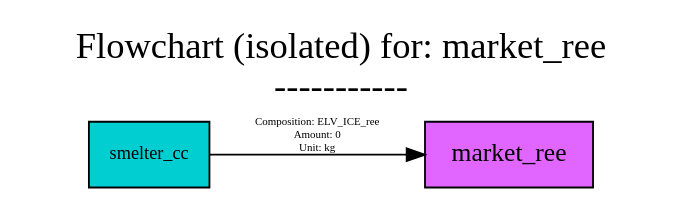
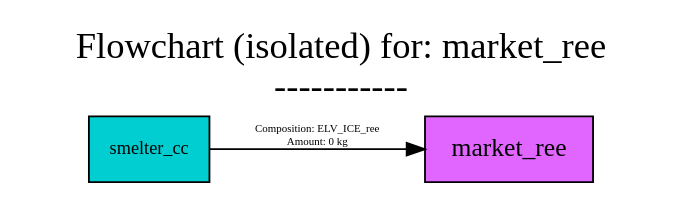
One commit to FutuRaM-Project/Recovery-Model changed the diagram in src/examples/ELV/figures/flowcharts/processes/dot/market_ree.dot. Above: the diagram before and after it, drawn with Graphviz. The commit also changed 177 other files, not shown here.

```diff
--- a/src/examples/ELV/figures/flowcharts/processes/dot/market_ree.dot
+++ b/src/examples/ELV/figures/flowcharts/processes/dot/market_ree.dot
@@ -1,42 +1,41 @@
 digraph {
-	graph [bb="0,0,317,91",
+	graph [bb="0,0,317,88",
 		font=Cabin,
 		fontname=Cabin,
 		fontsize=20,
 		label="Flowchart (isolated) for: market_ree
 -----------",
 		labeljust=c,
 		labelloc=tc,
 		lheight=0.61,
-		lp="158.5,65",
+		lp="158.5,62",
 		lwidth=4.18,
 		nodesep=0.6,
 		rankdir=LR,
 		ranksep=0.6
 	];
 	node [label="\N"];
 	market_ree	[fillcolor=mediumorchid1,
 		fontname=Cabin,
 		fontsize=14,
 		height=0.5,
 		pos="246,18",
 		shape=box,
 		style=filled,
 		width=1.1944];
 	smelter_cc	[fillcolor=darkturquoise,
 		fontname=Cabin,
 		fontsize=10,
 		height=0.5,
 		pos="60,18",
 		shape=box,
 		style=filled,
 		width=0.88889];
 	smelter_cc -> market_ree	[color=black,
 		fontname=Cabin,
 		fontsize=6,
 		label="Composition: ELV_ICE_ree
-Amount: 0 
-Unit: kg",
-		lp="147.5,28.5",
+Amount: 0 kg",
+		lp="147.5,25",
 		pos="e,202.91,18 92.213,18 119.69,18 160.26,18 192.69,18"];
 }
```
